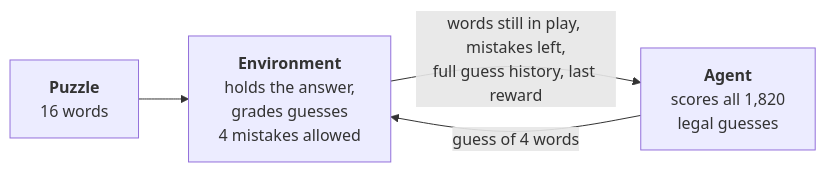
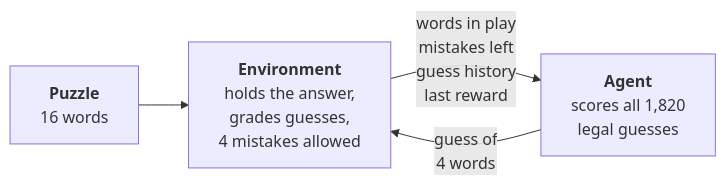
Before and after one commit to thomassems/ConnectionsRL: the diagram in README.md, drawn with Mermaid.

Commit message:
Narrow the environment diagram so GitHub doesn't clip it
The Mermaid flowchart rendered 807px wide, past the README column, so the
Agent node was cut off. Breaking the observation edge label onto four short
lines brings it to 702px, which fits.

````diff
--- a/README.md
+++ b/README.md
@@ -27,8 +27,8 @@
 ```mermaid
 flowchart LR
     P["<b>Puzzle</b><br/>16 words"] --> E
-    E["<b>Environment</b><br/>holds the answer,<br/>grades guesses<br/>4 mistakes allowed"]
+    E["<b>Environment</b><br/>holds the answer,<br/>grades guesses,<br/>4 mistakes allowed"]
     A["<b>Agent</b><br/>scores all 1,820<br/>legal guesses"]
-    E -->|"words still in play, mistakes left,<br/>full guess history, last reward"| A
-    A -->|"guess of 4 words"| E
+    E -->|"words in play<br/>mistakes left<br/>guess history<br/>last reward"| A
+    A -->|"guess of<br/>4 words"| E
 ```
````
